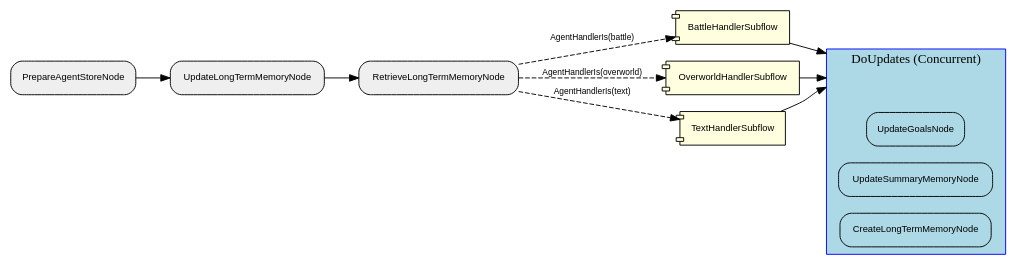
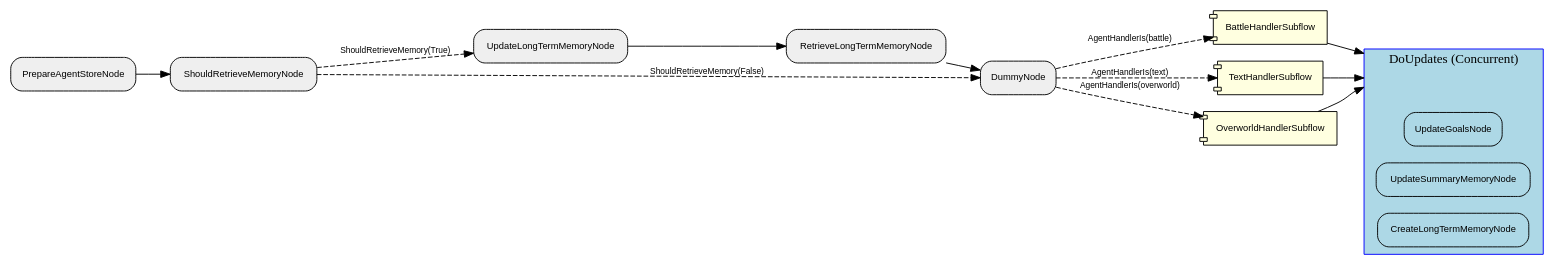
Before and after one commit to clambro/ai-plays-pokemon: the diagram in visualization/agent_graph/Graph.dot, drawn with Graphviz. The commit also changed 22 other files, not shown here.

```diff
--- a/visualization/agent_graph/Graph.dot
+++ b/visualization/agent_graph/Graph.dot
@@ -1,33 +1,38 @@
 digraph "G" {
   rankdir=LR;
   compound=true;
   node [shape=box, style="rounded,filled", fillcolor="#EFEFEF", fontname="Helvetica", fontsize=10];
   edge [fontname="Helvetica", fontsize=9];
-  subgraph "cluster_lcT2LqEXrHo59CcWnLick" {
+  subgraph "cluster_qDoGDJtS0AgbhEgyBbCUc" {
     label="DoUpdates (Concurrent)";
     style="filled"; fillcolor="lightblue"; color="blue";
     node [fillcolor="lightblue", style="filled,rounded"];
-    "lcT2LqEXrHo59CcWnLick__entry" [label="", shape=point, width=0.01, style=invis];
-    "lcT2LqEXrHo59CcWnLick__exit"  [label="", shape=point, width=0.01, style=invis];
-    Yradb7rglmk5Jwj8jEWCo [label="UpdateGoalsNode"];
-    "1PZIEYbeDCIkit7gJTAws" [label="UpdateSummaryMemoryNode"];
-    GGE7PQdJ11ZqYcVlAyh5N [label="CreateLongTermMemoryNode"];
+    "qDoGDJtS0AgbhEgyBbCUc__entry" [label="", shape=point, width=0.01, style=invis];
+    "qDoGDJtS0AgbhEgyBbCUc__exit"  [label="", shape=point, width=0.01, style=invis];
+    j37Fx8CXADLY5bj9npt88 [label="UpdateGoalsNode"];
+    Q2jSXwSlUuwExfnAlTm2X [label="UpdateSummaryMemoryNode"];
+    QttYqlZ458PXBvIRrfMUC [label="CreateLongTermMemoryNode"];
   }
-  EManaMiRqvjlgA1VDD2zj [label="BattleHandlerSubflow", shape=component, style="filled,rounded", fillcolor="lightyellow"];
-  PHwkAvvj487a7tnHPYCt3 [label="RetrieveLongTermMemoryNode"];
-  "1PZIEYbeDCIkit7gJTAws" [label="UpdateSummaryMemoryNode"];
-  YOYX8kja27mMFInhxY1TG [label="UpdateLongTermMemoryNode"];
-  HHzrxG5oVnulNBvUru88v [label="OverworldHandlerSubflow", shape=component, style="filled,rounded", fillcolor="lightyellow"];
-  SKyOrKjKuBFK8GcdkgM6n [label="TextHandlerSubflow", shape=component, style="filled,rounded", fillcolor="lightyellow"];
-  "4YLwdmhal9c8v1CjS2Ey6" [label="PrepareAgentStoreNode"];
-  Yradb7rglmk5Jwj8jEWCo [label="UpdateGoalsNode"];
-  GGE7PQdJ11ZqYcVlAyh5N [label="CreateLongTermMemoryNode"];
-  "4YLwdmhal9c8v1CjS2Ey6" -> YOYX8kja27mMFInhxY1TG [style="solid"];
-  YOYX8kja27mMFInhxY1TG -> PHwkAvvj487a7tnHPYCt3 [style="solid"];
-  PHwkAvvj487a7tnHPYCt3 -> HHzrxG5oVnulNBvUru88v [style="dashed", label="AgentHandlerIs(overworld)"];
-  PHwkAvvj487a7tnHPYCt3 -> EManaMiRqvjlgA1VDD2zj [style="dashed", label="AgentHandlerIs(battle)"];
-  PHwkAvvj487a7tnHPYCt3 -> SKyOrKjKuBFK8GcdkgM6n [style="dashed", label="AgentHandlerIs(text)"];
-  SKyOrKjKuBFK8GcdkgM6n -> lcT2LqEXrHo59CcWnLick__entry [lhead="cluster_lcT2LqEXrHo59CcWnLick", style="solid"];
-  EManaMiRqvjlgA1VDD2zj -> lcT2LqEXrHo59CcWnLick__entry [lhead="cluster_lcT2LqEXrHo59CcWnLick", style="solid"];
-  HHzrxG5oVnulNBvUru88v -> lcT2LqEXrHo59CcWnLick__entry [lhead="cluster_lcT2LqEXrHo59CcWnLick", style="solid"];
+  QttYqlZ458PXBvIRrfMUC [label="CreateLongTermMemoryNode"];
+  NnLoSHMTe5Wya37sb2cCG [label="PrepareAgentStoreNode"];
+  UQfruWnEYb9ceMz1nVxEb [label="BattleHandlerSubflow", shape=component, style="filled,rounded", fillcolor="lightyellow"];
+  QKqcVGBRZ3VhKc6fS0juh [label="RetrieveLongTermMemoryNode"];
+  dBm2tcxPX7pCxCpd7irBK [label="TextHandlerSubflow", shape=component, style="filled,rounded", fillcolor="lightyellow"];
+  j37Fx8CXADLY5bj9npt88 [label="UpdateGoalsNode"];
+  TKZefZTN2Rh4zH4KFaxOu [label="UpdateLongTermMemoryNode"];
+  dvQ6FIq509Jub2hpFdZfG [label="ShouldRetrieveMemoryNode"];
+  Epz87OOSMZk5Lg23pJEw4 [label="OverworldHandlerSubflow", shape=component, style="filled,rounded", fillcolor="lightyellow"];
+  Q2jSXwSlUuwExfnAlTm2X [label="UpdateSummaryMemoryNode"];
+  OTzfokBXHYjigocECPJA7 [label="DummyNode"];
+  NnLoSHMTe5Wya37sb2cCG -> dvQ6FIq509Jub2hpFdZfG [style="solid"];
+  dvQ6FIq509Jub2hpFdZfG -> TKZefZTN2Rh4zH4KFaxOu [style="dashed", label="ShouldRetrieveMemory(True)"];
+  TKZefZTN2Rh4zH4KFaxOu -> QKqcVGBRZ3VhKc6fS0juh [style="solid"];
+  dvQ6FIq509Jub2hpFdZfG -> OTzfokBXHYjigocECPJA7 [style="dashed", label="ShouldRetrieveMemory(False)"];
+  QKqcVGBRZ3VhKc6fS0juh -> OTzfokBXHYjigocECPJA7 [style="solid"];
+  OTzfokBXHYjigocECPJA7 -> Epz87OOSMZk5Lg23pJEw4 [style="dashed", label="AgentHandlerIs(overworld)"];
+  OTzfokBXHYjigocECPJA7 -> UQfruWnEYb9ceMz1nVxEb [style="dashed", label="AgentHandlerIs(battle)"];
+  OTzfokBXHYjigocECPJA7 -> dBm2tcxPX7pCxCpd7irBK [style="dashed", label="AgentHandlerIs(text)"];
+  dBm2tcxPX7pCxCpd7irBK -> qDoGDJtS0AgbhEgyBbCUc__entry [lhead="cluster_qDoGDJtS0AgbhEgyBbCUc", style="solid"];
+  UQfruWnEYb9ceMz1nVxEb -> qDoGDJtS0AgbhEgyBbCUc__entry [lhead="cluster_qDoGDJtS0AgbhEgyBbCUc", style="solid"];
+  Epz87OOSMZk5Lg23pJEw4 -> qDoGDJtS0AgbhEgyBbCUc__entry [lhead="cluster_qDoGDJtS0AgbhEgyBbCUc", style="solid"];
 }
```
